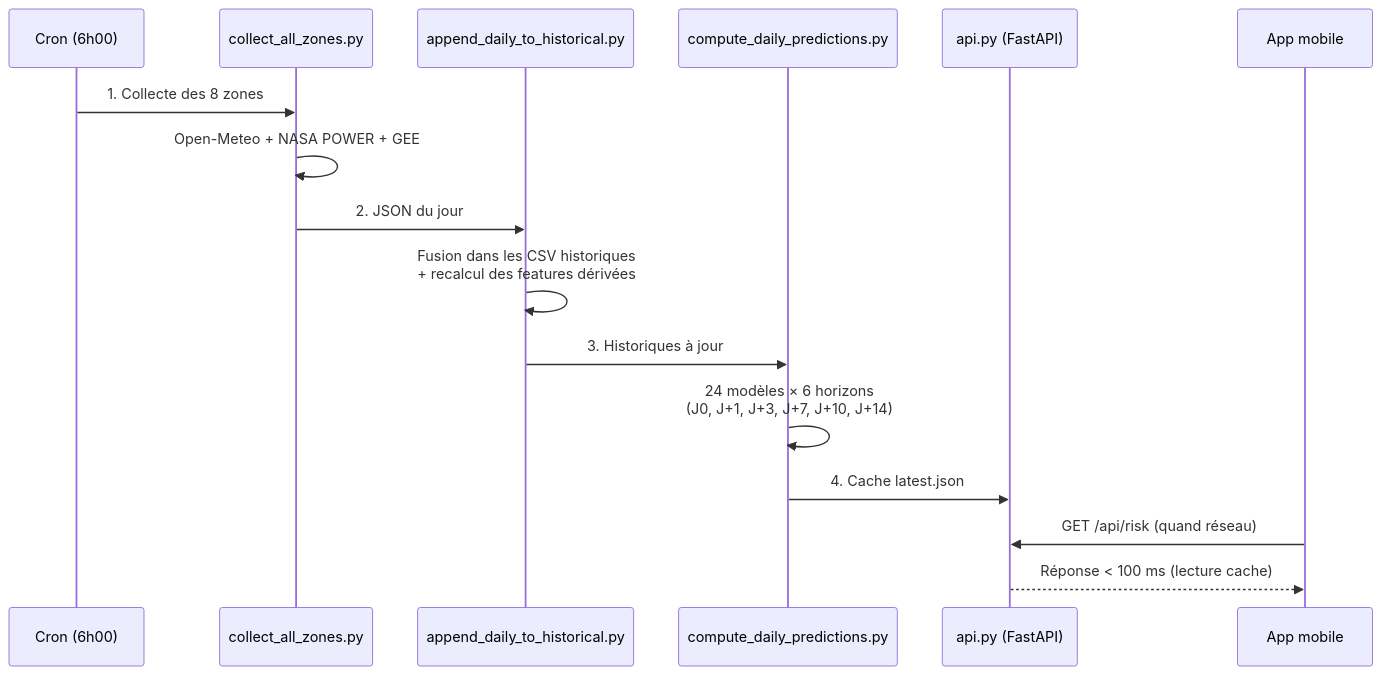
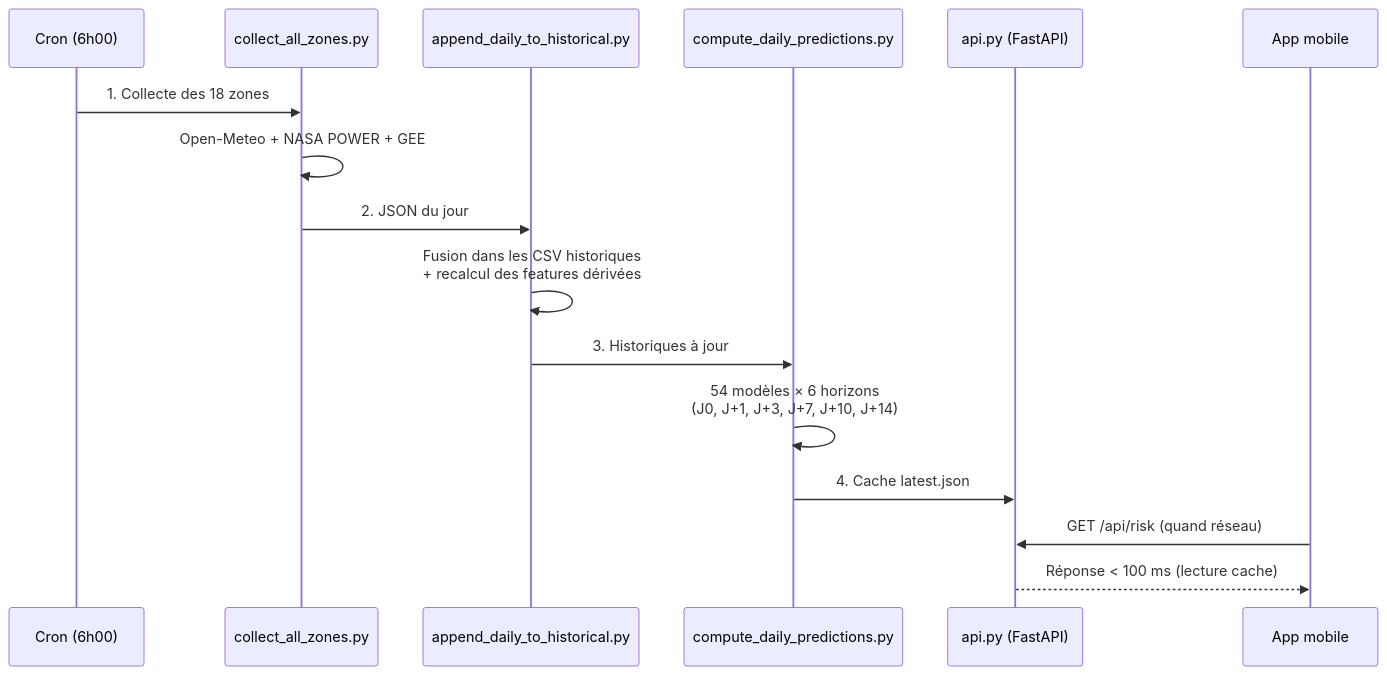
One commit to jeremygeorgesdurand-dev/SAMCAM changed the second of 5 diagrams in docs/RAPPORT_SAMCAM.md. Above: the diagram before and after it, drawn with Mermaid. The commit also changed other lines of this file and 3 other files, not shown here.

````diff
--- a/docs/RAPPORT_SAMCAM.md
+++ b/docs/RAPPORT_SAMCAM.md
@@ -198,19 +224,19 @@
 ```mermaid
 sequenceDiagram
     participant C as Cron (6h00)
     participant COL as collect_all_zones.py
     participant HIST as append_daily_to_historical.py
     participant PRED as compute_daily_predictions.py
     participant API as api.py (FastAPI)
     participant APP as App mobile
 
-    C->>COL: 1. Collecte des 8 zones
+    C->>COL: 1. Collecte des 18 zones
     COL->>COL: Open-Meteo + NASA POWER + GEE
     COL->>HIST: 2. JSON du jour
     HIST->>HIST: Fusion dans les CSV historiques<br/>+ recalcul des features dérivées
     HIST->>PRED: 3. Historiques à jour
-    PRED->>PRED: 24 modèles × 6 horizons<br/>(J0, J+1, J+3, J+7, J+10, J+14)
+    PRED->>PRED: 54 modèles × 6 horizons<br/>(J0, J+1, J+3, J+7, J+10, J+14)
     PRED->>API: 4. Cache latest.json
     APP->>API: GET /api/risk (quand réseau)
     API-->>APP: Réponse < 100 ms (lecture cache)
 ```
````
